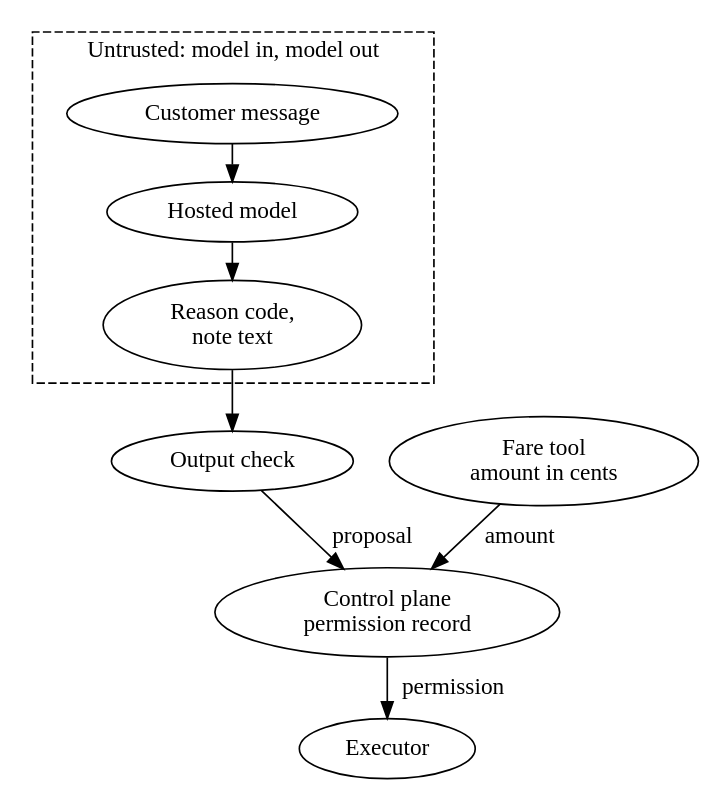
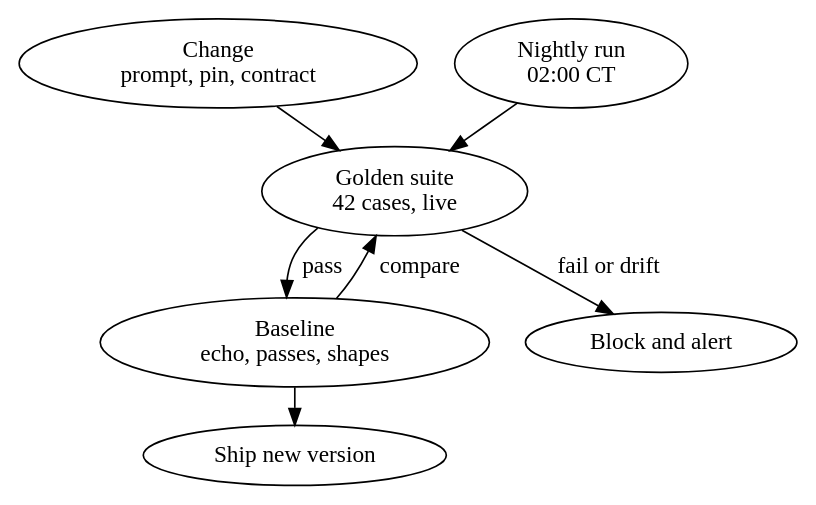
The diagram in figures/src/ch13/fig-13-8.dot (rajesh1008/system-design-book), drawn with Graphviz before and after one commit. The commit also changed 281 other files, not shown here.

```diff
--- a/figures/src/ch13/fig-13-8.dot
+++ b/figures/src/ch13/fig-13-8.dot
@@ -1,24 +1,21 @@
-// Figure 13.8  The model inside the untrusted boundary
-// Reading order: the dashed boundary holds everything the model touches
-// or writes. Values and permission come from outside it: the fare tool
-// computes amounts and the control plane grants permission. Model text
-// crosses the boundary only through the output check.
-digraph untrusted {
+// Figure 13.7  Contract tests in the release path
+// Reading order: left to right. A change to the prompt, the pin or the
+// contract runs the golden suite live; a pass becomes the new baseline
+// and ships; a fail blocks. The nightly run compares against the same
+// baseline without any change from us.
+digraph release_path {
 #include "book.gv"
   rankdir=TB; nodesep=0.3; ranksep=0.3;
-  subgraph cluster_u { label="Untrusted: model in, model out"; class="plane-model"; style="dashed";
-    msg [label="Customer message", class="ops external"];
-    model [label="Hosted model", class="model external"];
-    text [label="Reason code,\nnote text", class="model"];
-  }
-  check [label="Output check", class="policy gate"];
-  fare [label="Fare tool\namount in cents", class="ops"];
-  cp [label="Control plane\npermission record", class="policy gate"];
-  exec [label="Executor", class="ops"];
-  msg -> model [class="data"];
-  model -> text [class="data"];
-  text -> check [class="emphasis"];
-  check -> cp [class="data", label="proposal"];
-  fare -> cp [class="data", label="amount"];
-  cp -> exec [class="policy", label="permission"];
+  change [label="Change\nprompt, pin, contract", class="model"];
+  nightly [label="Nightly run\n02:00 CT", class="model"];
+  suite [label="Golden suite\n42 cases, live", class="model gate"];
+  base [label="Baseline\necho, passes, shapes", class="verified store"];
+  ship [label="Ship new version", class="verified"];
+  block [label="Block and alert", class="fail"];
+  change -> suite [class="data"];
+  nightly -> suite [class="data"];
+  suite -> base [class="verified", label="pass"];
+  base -> ship [class="verified"];
+  suite -> block [class="fail", label="fail or drift"];
+  base -> suite [class="trail", label="compare"];
 }
```
